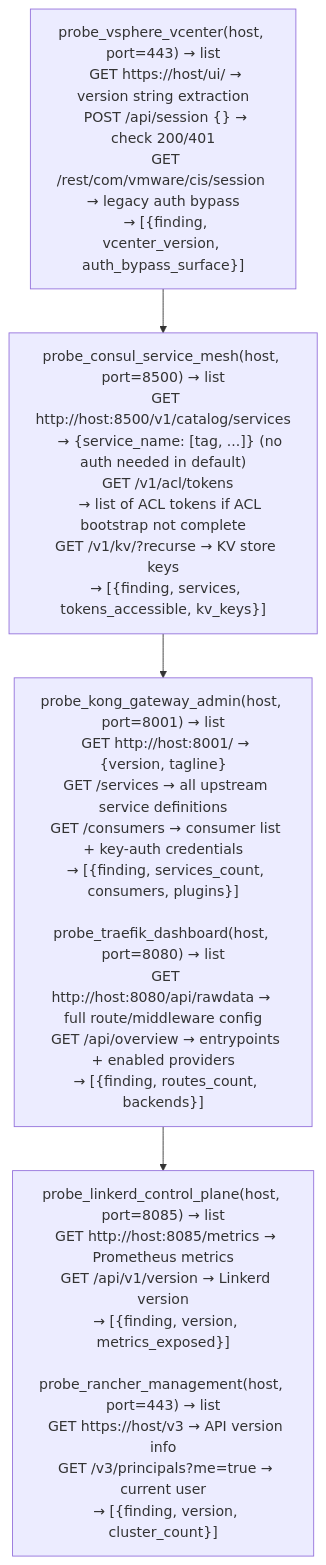
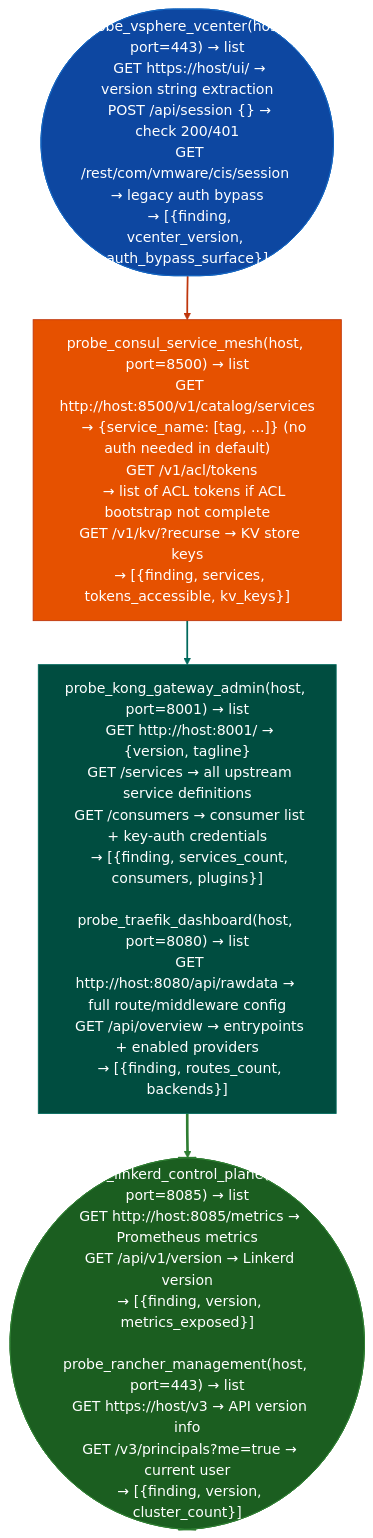
Before and after one commit to Ablation-Tool/ablation: the diagram in docs/reference-modules/orchestration-management-exposure.md, drawn with Mermaid. The commit also changed 320 other files, not shown here.

First line of the commit message:
docs: apply canonical Mermaid template to all 321 diagrams

````diff
--- a/docs/reference-modules/orchestration-management-exposure.md
+++ b/docs/reference-modules/orchestration-management-exposure.md
@@ -19,6 +19,15 @@
 ```mermaid
 flowchart TD
-    A["probe_vsphere_vcenter(host, port=443) → list\n  GET https://host/ui/ → version string extraction\n  POST /api/session {} → check 200/401\n  GET /rest/com/vmware/cis/session → legacy auth bypass\n  → [{finding, vcenter_version, auth_bypass_surface}]"] --> B["probe_consul_service_mesh(host, port=8500) → list\n  GET http://host:8500/v1/catalog/services\n    → {service_name: [tag, ...]} (no auth needed in default)\n  GET /v1/acl/tokens\n    → list of ACL tokens if ACL bootstrap not complete\n  GET /v1/kv/?recurse → KV store keys\n  → [{finding, services, tokens_accessible, kv_keys}]"]
-    B --> C["probe_kong_gateway_admin(host, port=8001) → list\n  GET http://host:8001/ → {version, tagline}\n  GET /services → all upstream service definitions\n  GET /consumers → consumer list + key-auth credentials\n  → [{finding, services_count, consumers, plugins}]\n\nprobe_traefik_dashboard(host, port=8080) → list\n  GET http://host:8080/api/rawdata → full route/middleware config\n  GET /api/overview → entrypoints + enabled providers\n  → [{finding, routes_count, backends}]"]
-    C --> D["probe_linkerd_control_plane(host, port=8085) → list\n  GET http://host:8085/metrics → Prometheus metrics\n  GET /api/v1/version → Linkerd version\n  → [{finding, version, metrics_exposed}]\n\nprobe_rancher_management(host, port=443) → list\n  GET https://host/v3 → API version info\n  GET /v3/principals?me=true → current user\n  → [{finding, version, cluster_count}]"]
+    A(["probe_vsphere_vcenter(host, port=443) → list\n  GET https://host/ui/ → version string extraction\n  POST /api/session {} → check 200/401\n  GET /rest/com/vmware/cis/session → legacy auth bypass\n  → [{finding, vcenter_version, auth_bypass_surface}]"]):::input --> B["probe_consul_service_mesh(host, port=8500) → list\n  GET http://host:8500/v1/catalog/services\n    → {service_name: [tag, ...]} (no auth needed in default)\n  GET /v1/acl/tokens\n    → list of ACL tokens if ACL bootstrap not complete\n  GET /v1/kv/?recurse → KV store keys\n  → [{finding, services, tokens_accessible, kv_keys}]"]:::primary
+    B:::primary --> C["probe_kong_gateway_admin(host, port=8001) → list\n  GET http://host:8001/ → {version, tagline}\n  GET /services → all upstream service definitions\n  GET /consumers → consumer list + key-auth credentials\n  → [{finding, services_count, consumers, plugins}]\n\nprobe_traefik_dashboard(host, port=8080) → list\n  GET http://host:8080/api/rawdata → full route/middleware config\n  GET /api/overview → entrypoints + enabled providers\n  → [{finding, routes_count, backends}]"]:::secondary
+    C:::secondary --> D(["probe_linkerd_control_plane(host, port=8085) → list\n  GET http://host:8085/metrics → Prometheus metrics\n  GET /api/v1/version → Linkerd version\n  → [{finding, version, metrics_exposed}]\n\nprobe_rancher_management(host, port=443) → list\n  GET https://host/v3 → API version info\n  GET /v3/principals?me=true → current user\n  → [{finding, version, cluster_count}]"]):::output
+    classDef input     fill:#0d47a1,stroke:#1565c0,color:#fff
+    classDef primary   fill:#e65100,stroke:#bf360c,color:#fff
+    classDef secondary fill:#004d40,stroke:#00695c,color:#fff
+    classDef tertiary  fill:#4a148c,stroke:#6a1b9a,color:#fff
+    classDef neutral   fill:#37474f,stroke:#546e7a,color:#fff
+    classDef output    fill:#1b5e20,stroke:#2e7d32,color:#fff
+    linkStyle 0 stroke:#bf360c,stroke-width:2px
+    linkStyle 1 stroke:#00695c,stroke-width:2px
+    linkStyle 2 stroke:#2e7d32,stroke-width:3px
 ```
````
